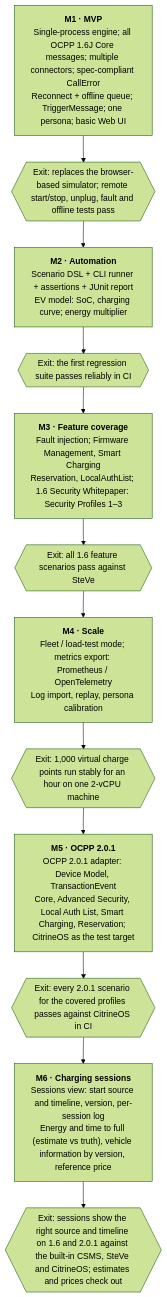
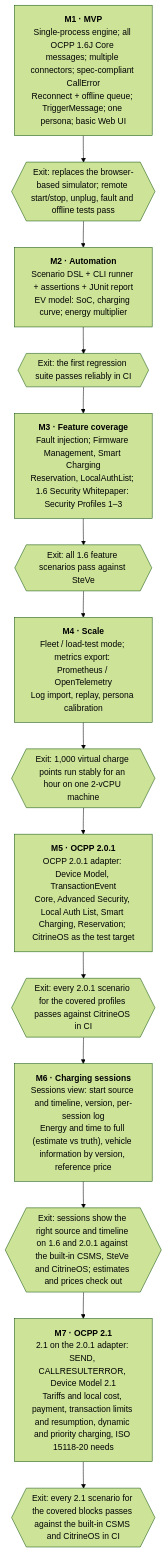
One commit to JasonKong/ocpp-mimic changed the second of 2 diagrams in docs/design.md. Above: the diagram before and after it, drawn with Mermaid (forest theme). The commit also changed other lines of this file and 2 other files, not shown here.

First line of the commit message:
Design M7: OCPP 2.1 (T93) (#241)

````diff
--- a/docs/design.md
+++ b/docs/design.md
@@ -1391,16 +1626,18 @@
 ```mermaid
 flowchart TB
   M1["<b>M1 · MVP</b><br/>Single-process engine; all OCPP 1.6J Core messages; multiple connectors; spec-compliant CallError<br/>Reconnect + offline queue; TriggerMessage; one persona; basic Web UI"]
   G1{{"Exit: replaces the browser-based simulator; remote start/stop, unplug, fault and offline tests pass"}}
   M2["<b>M2 · Automation</b><br/>Scenario DSL + CLI runner + assertions + JUnit report<br/>EV model: SoC, charging curve; energy multiplier"]
   G2{{"Exit: the first regression suite passes reliably in CI"}}
   M3["<b>M3 · Feature coverage</b><br/>Fault injection; Firmware Management, Smart Charging<br/>Reservation, LocalAuthList; 1.6 Security Whitepaper: Security Profiles 1–3"]
   G3{{"Exit: all 1.6 feature scenarios pass against SteVe"}}
   M4["<b>M4 · Scale</b><br/>Fleet / load-test mode; metrics export: Prometheus / OpenTelemetry<br/>Log import, replay, persona calibration"]
   G4{{"Exit: 1,000 virtual charge points run stably for an hour on one 2-vCPU machine"}}
   M5["<b>M5 · OCPP 2.0.1</b><br/>OCPP 2.0.1 adapter: Device Model, TransactionEvent<br/>Core, Advanced Security, Local Auth List, Smart Charging, Reservation; CitrineOS as the test target"]
   G5{{"Exit: every 2.0.1 scenario for the covered profiles passes against CitrineOS in CI"}}
   M6["<b>M6 · Charging sessions</b><br/>Sessions view: start source and timeline, version, per-session log<br/>Energy and time to full (estimate vs truth), vehicle information by version, reference price"]
   G6{{"Exit: sessions show the right source and timeline on 1.6 and 2.0.1 against the built-in CSMS, SteVe and CitrineOS; estimates and prices check out"}}
-  M1 --> G1 --> M2 --> G2 --> M3 --> G3 --> M4 --> G4 --> M5 --> G5 --> M6 --> G6
+  M7["<b>M7 · OCPP 2.1</b><br/>2.1 on the 2.0.1 adapter: SEND, CALLRESULTERROR, Device Model 2.1<br/>Tariffs and local cost, payment, transaction limits and resumption, dynamic and priority charging, ISO 15118-20 needs"]
+  G7{{"Exit: every 2.1 scenario for the covered blocks passes against the built-in CSMS and CitrineOS in CI"}}
+  M1 --> G1 --> M2 --> G2 --> M3 --> G3 --> M4 --> G4 --> M5 --> G5 --> M6 --> G6 --> M7 --> G7
 ```
````
